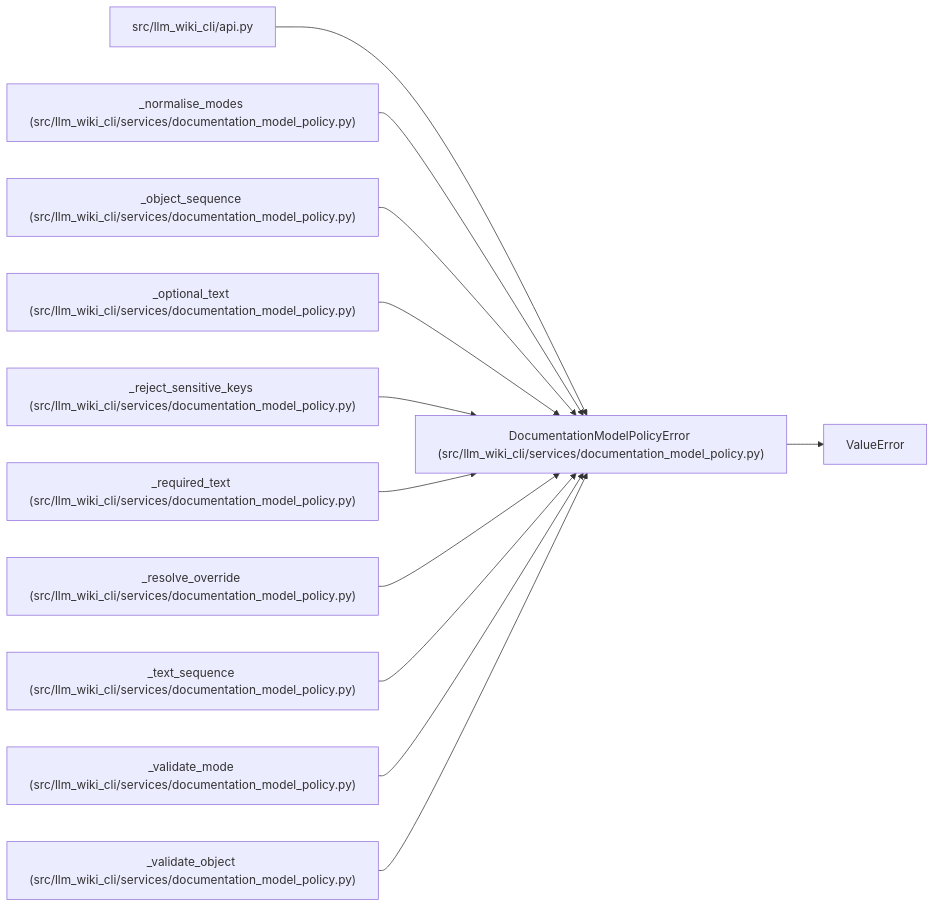
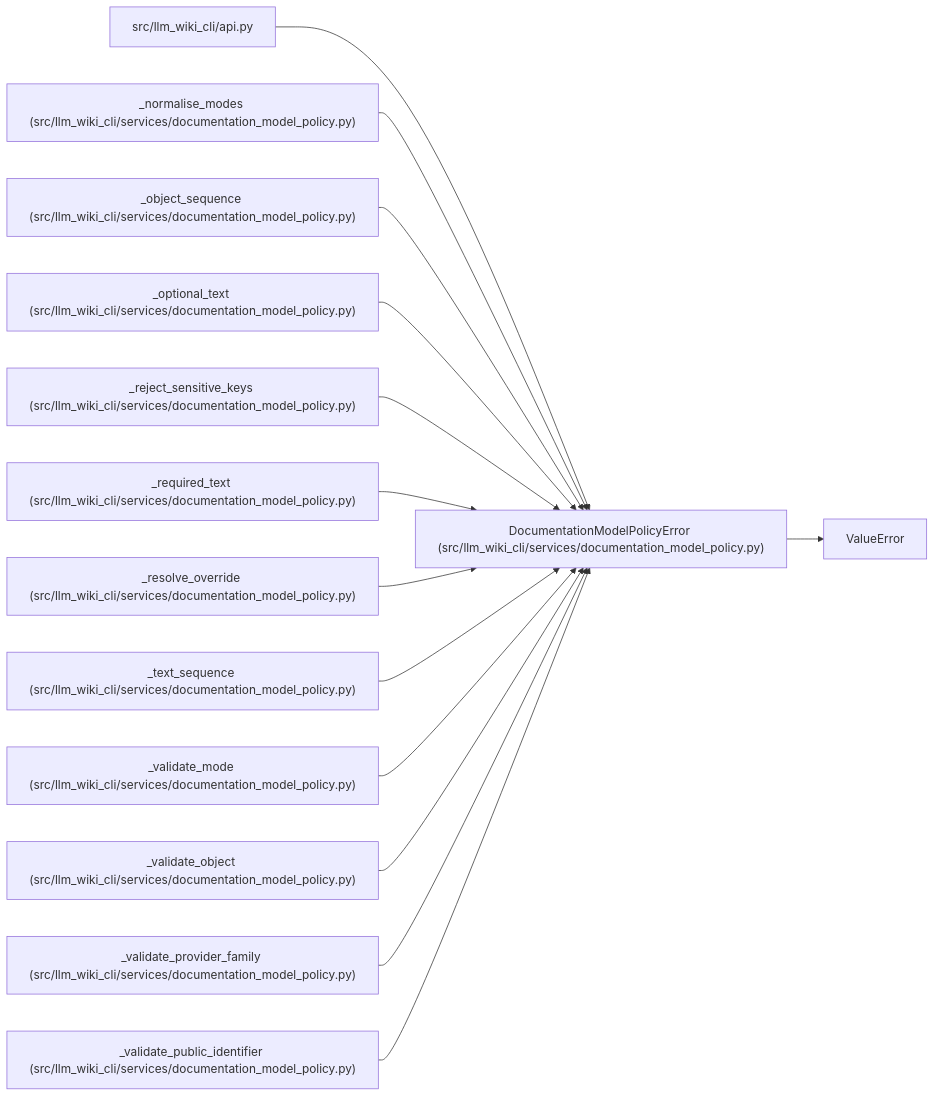
One commit to Denissvgn/python-wiki-llm changed the diagram in docs/llm_wiki/entities/DocumentationModelPolicyError.md. Above: the diagram before and after it, drawn with Mermaid. The commit also changed other lines of this file and 493 other files, not shown here.

````diff
--- a/docs/llm_wiki/entities/DocumentationModelPolicyError.md
+++ b/docs/llm_wiki/entities/DocumentationModelPolicyError.md
@@ -23,37 +23,43 @@
 ```mermaid
 flowchart LR
     n0["DocumentationModelPolicyError (src/llm_wiki_cli/services/documentation_model_policy.py)"]
     n1["ValueError"]
     n2["src/llm_wiki_cli/api.py"]
     n3["_normalise_modes (src/llm_wiki_cli/services/documentation_model_policy.py)"]
     n4["_object_sequence (src/llm_wiki_cli/services/documentation_model_policy.py)"]
     n5["_optional_text (src/llm_wiki_cli/services/documentation_model_policy.py)"]
     n6["_reject_sensitive_keys (src/llm_wiki_cli/services/documentation_model_policy.py)"]
     n7["_required_text (src/llm_wiki_cli/services/documentation_model_policy.py)"]
     n8["_resolve_override (src/llm_wiki_cli/services/documentation_model_policy.py)"]
     n9["_text_sequence (src/llm_wiki_cli/services/documentation_model_policy.py)"]
     n10["_validate_mode (src/llm_wiki_cli/services/documentation_model_policy.py)"]
     n11["_validate_object (src/llm_wiki_cli/services/documentation_model_policy.py)"]
+    n12["_validate_provider_family (src/llm_wiki_cli/services/documentation_model_policy.py)"]
+    n13["_validate_public_identifier (src/llm_wiki_cli/services/documentation_model_policy.py)"]
     n0 --> n1
     n2 --> n0
     n3 --> n0
     n4 --> n0
     n5 --> n0
     n6 --> n0
     n7 --> n0
     n8 --> n0
     n9 --> n0
     n10 --> n0
     n11 --> n0
+    n12 --> n0
+    n13 --> n0
     click n0 "../modules/documentation_model_policy.md"
     click n2 "../modules/api.md"
     click n3 "../modules/documentation_model_policy.md"
     click n4 "../modules/documentation_model_policy.md"
     click n5 "../modules/documentation_model_policy.md"
     click n6 "../modules/documentation_model_policy.md"
     click n7 "../modules/documentation_model_policy.md"
     click n8 "../modules/documentation_model_policy.md"
     click n9 "../modules/documentation_model_policy.md"
     click n10 "../modules/documentation_model_policy.md"
     click n11 "../modules/documentation_model_policy.md"
+    click n12 "../modules/documentation_model_policy.md"
+    click n13 "../modules/documentation_model_policy.md"
 ```
````
